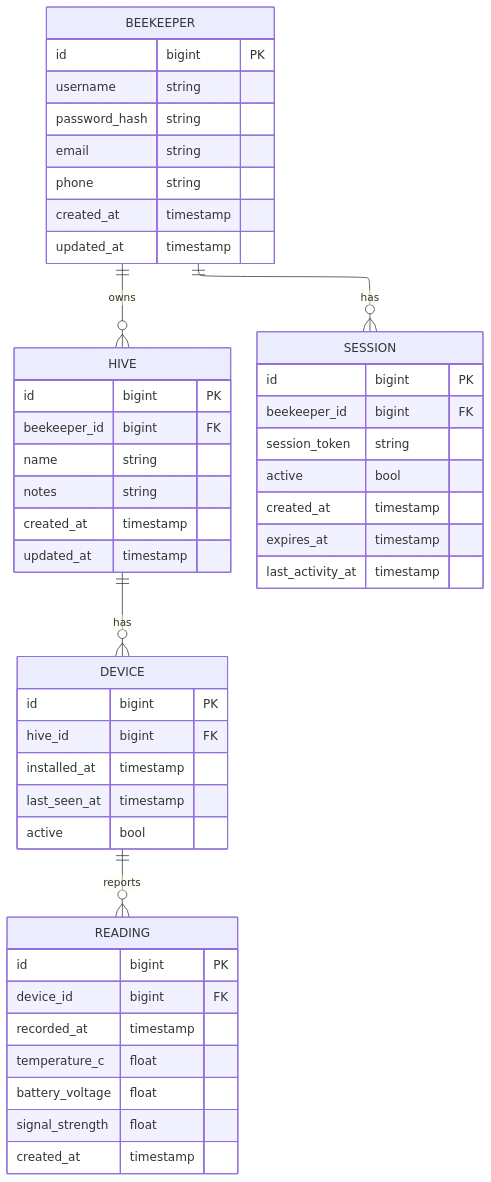
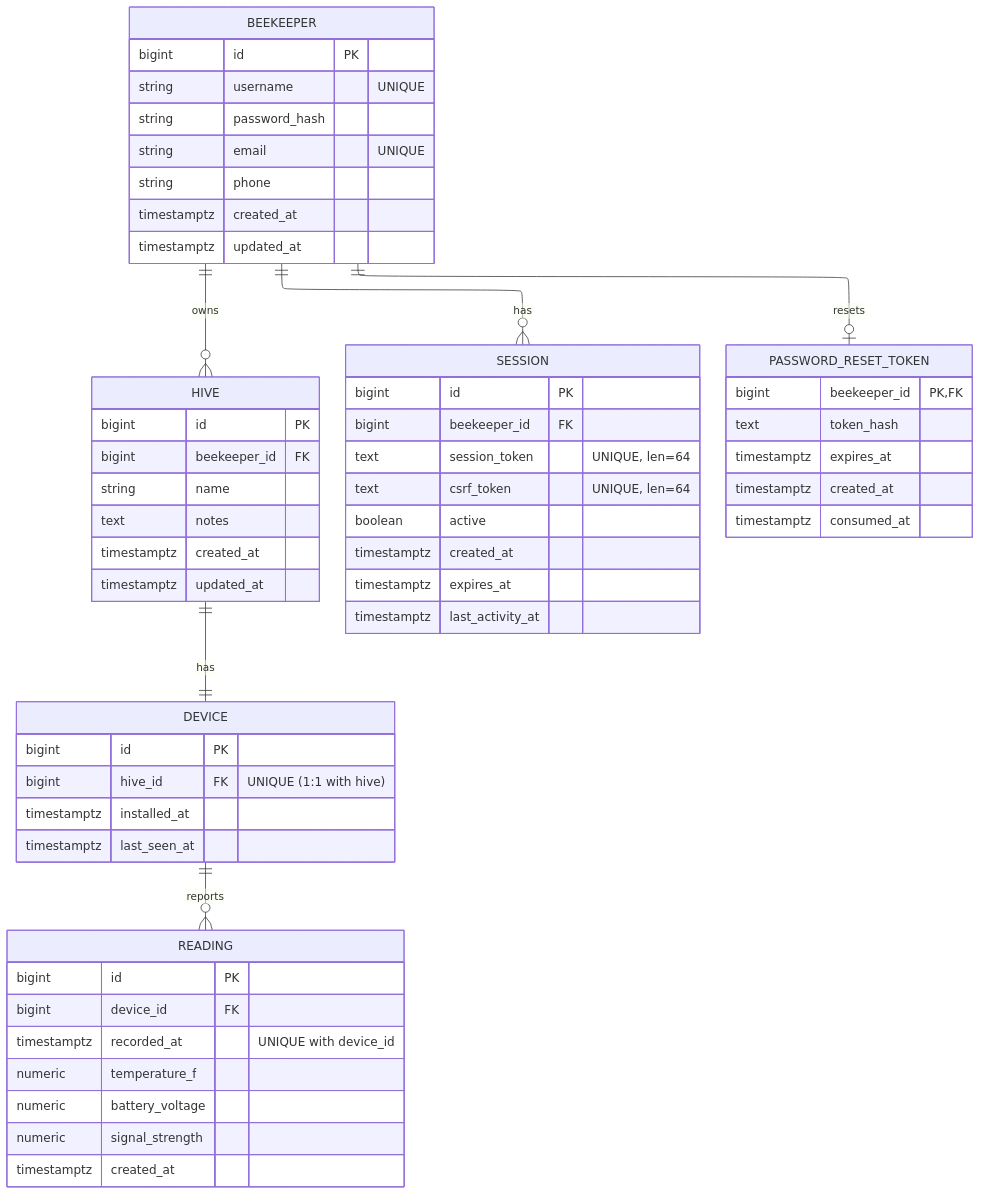
One commit to austinjclifton/Asheville changed the diagram in backend/docs/asheville_erd_mvp.mmd. Above: the diagram before and after it, drawn with Mermaid. The commit also changed 1 other file, not shown here.

Commit message:
improved api doc + erd

```diff
--- a/backend/docs/asheville_erd_mvp.mmd
+++ b/backend/docs/asheville_erd_mvp.mmd
@@ -1,58 +1,67 @@
 ---
 config:
   layout: elk
 ---
 erDiagram
     direction TB
 
     BEEKEEPER {
-        id bigint PK
-        username string
-        password_hash string
-        email string
-        phone string
-        created_at timestamp
-        updated_at timestamp
+        bigint id PK
+        string username "UNIQUE"
+        string password_hash
+        string email "UNIQUE"
+        string phone
+        timestamptz created_at
+        timestamptz updated_at
     }
 
     HIVE {
-        id bigint PK
-        beekeeper_id bigint FK
-        name string
-        notes string
-        created_at timestamp
-        updated_at timestamp
+        bigint id PK
+        bigint beekeeper_id FK
+        string name
+        text notes
+        timestamptz created_at
+        timestamptz updated_at
+    }
+
+    DEVICE {
+        bigint id PK
+        bigint hive_id FK "UNIQUE (1:1 with hive)"
+        timestamptz installed_at
+        timestamptz last_seen_at
+    }
+
+    READING {
+        bigint id PK
+        bigint device_id FK
+        timestamptz recorded_at "UNIQUE with device_id"
+        numeric temperature_f
+        numeric battery_voltage
+        numeric signal_strength
+        timestamptz created_at
     }
 
     SESSION {
-        id bigint PK
-        beekeeper_id bigint FK
-        session_token string
-        active bool
-        created_at timestamp
-        expires_at timestamp
-        last_activity_at timestamp
+        bigint id PK
+        bigint beekeeper_id FK
+        text session_token "UNIQUE, len=64"
+        text csrf_token "UNIQUE, len=64"
+        boolean active
+        timestamptz created_at
+        timestamptz expires_at
+        timestamptz last_activity_at
     }
 
-    DEVICE {
-        id bigint PK
-        hive_id bigint FK
-        installed_at timestamp
-        last_seen_at timestamp
-        active bool
-    }
-
-    READING {
-        id bigint PK
-        device_id bigint FK
-        recorded_at timestamp
-        temperature_c float
-        battery_voltage float
-        signal_strength float
-        created_at timestamp
+    PASSWORD_RESET_TOKEN {
+        bigint beekeeper_id PK, FK
+        text token_hash
+        timestamptz expires_at
+        timestamptz created_at
+        timestamptz consumed_at
     }
 
     BEEKEEPER ||--o{ HIVE : owns
+    HIVE ||--|| DEVICE : has
+    DEVICE ||--o{ READING : reports
     BEEKEEPER ||--o{ SESSION : has
-    HIVE ||--o{ DEVICE : has
-    DEVICE ||--o{ READING : reports
+    BEEKEEPER ||--o| PASSWORD_RESET_TOKEN : resets
```
